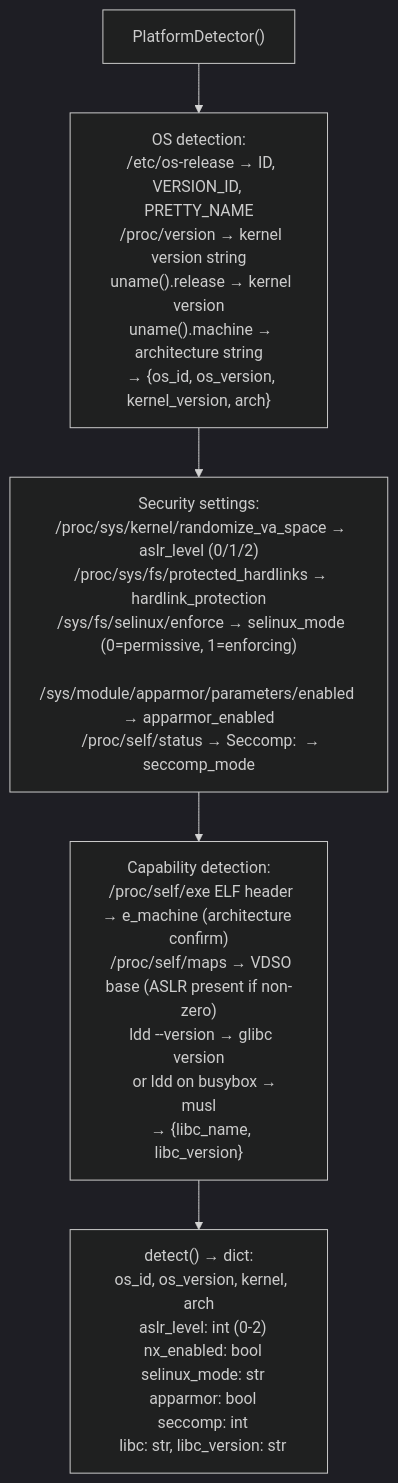
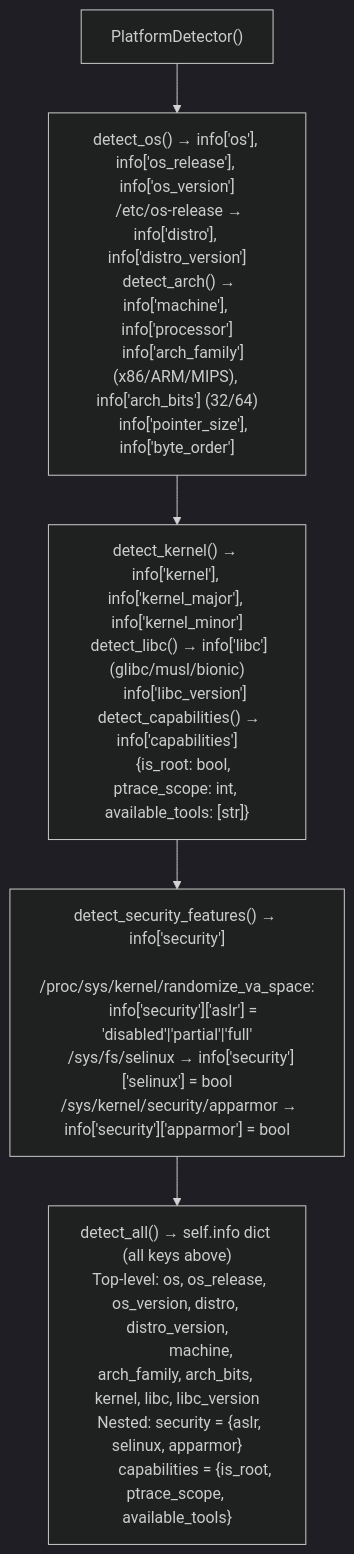
Before and after one commit to Ablation-Tool/ablation: the diagram in docs/reference-modules/host-platform-inventory.md, drawn with Mermaid (dark theme). The commit also changed other lines of this file and 8 other files, not shown here.

````diff
--- a/docs/reference-modules/host-platform-inventory.md
+++ b/docs/reference-modules/host-platform-inventory.md
@@ -19,7 +19,7 @@
 ```mermaid
 flowchart TD
-    A["PlatformDetector()"] --> B["OS detection:\n  /etc/os-release → ID, VERSION_ID, PRETTY_NAME\n  /proc/version → kernel version string\n  uname().release → kernel version\n  uname().machine → architecture string\n  → {os_id, os_version, kernel_version, arch}"]
-    B --> C["Security settings:\n  /proc/sys/kernel/randomize_va_space → aslr_level (0/1/2)\n  /proc/sys/fs/protected_hardlinks → hardlink_protection\n  /sys/fs/selinux/enforce → selinux_mode (0=permissive, 1=enforcing)\n  /sys/module/apparmor/parameters/enabled → apparmor_enabled\n  /proc/self/status → Seccomp: <n> → seccomp_mode"]
-    C --> D["Capability detection:\n  /proc/self/exe ELF header → e_machine (architecture confirm)\n  /proc/self/maps → VDSO base (ASLR present if non-zero)\n  ldd --version → glibc version\n    or ldd on busybox → musl\n  → {libc_name, libc_version}"]
-    D --> E["detect() → dict:\n  os_id, os_version, kernel, arch\n  aslr_level: int (0-2)\n  nx_enabled: bool\n  selinux_mode: str\n  apparmor: bool\n  seccomp: int\n  libc: str, libc_version: str"]
+    A["PlatformDetector()"] --> B["detect_os() → info['os'], info['os_release'], info['os_version']\n  /etc/os-release → info['distro'], info['distro_version']\n  detect_arch() → info['machine'], info['processor']\n    info['arch_family'] (x86/ARM/MIPS), info['arch_bits'] (32/64)\n    info['pointer_size'], info['byte_order']"]
+    B --> C["detect_kernel() → info['kernel'], info['kernel_major'], info['kernel_minor']\n  detect_libc() → info['libc'] (glibc/musl/bionic)\n    info['libc_version']\n  detect_capabilities() → info['capabilities']\n    {is_root: bool, ptrace_scope: int, available_tools: [str]}"]
+    C --> D["detect_security_features() → info['security']\n  /proc/sys/kernel/randomize_va_space:\n    info['security']['aslr'] = 'disabled'|'partial'|'full'\n  /sys/fs/selinux → info['security']['selinux'] = bool\n  /sys/kernel/security/apparmor → info['security']['apparmor'] = bool"]
+    D --> E["detect_all() → self.info dict (all keys above)\n  Top-level: os, os_release, os_version, distro, distro_version,\n             machine, arch_family, arch_bits, kernel, libc, libc_version\n  Nested: security = {aslr, selinux, apparmor}\n          capabilities = {is_root, ptrace_scope, available_tools}"]
 ```
````
